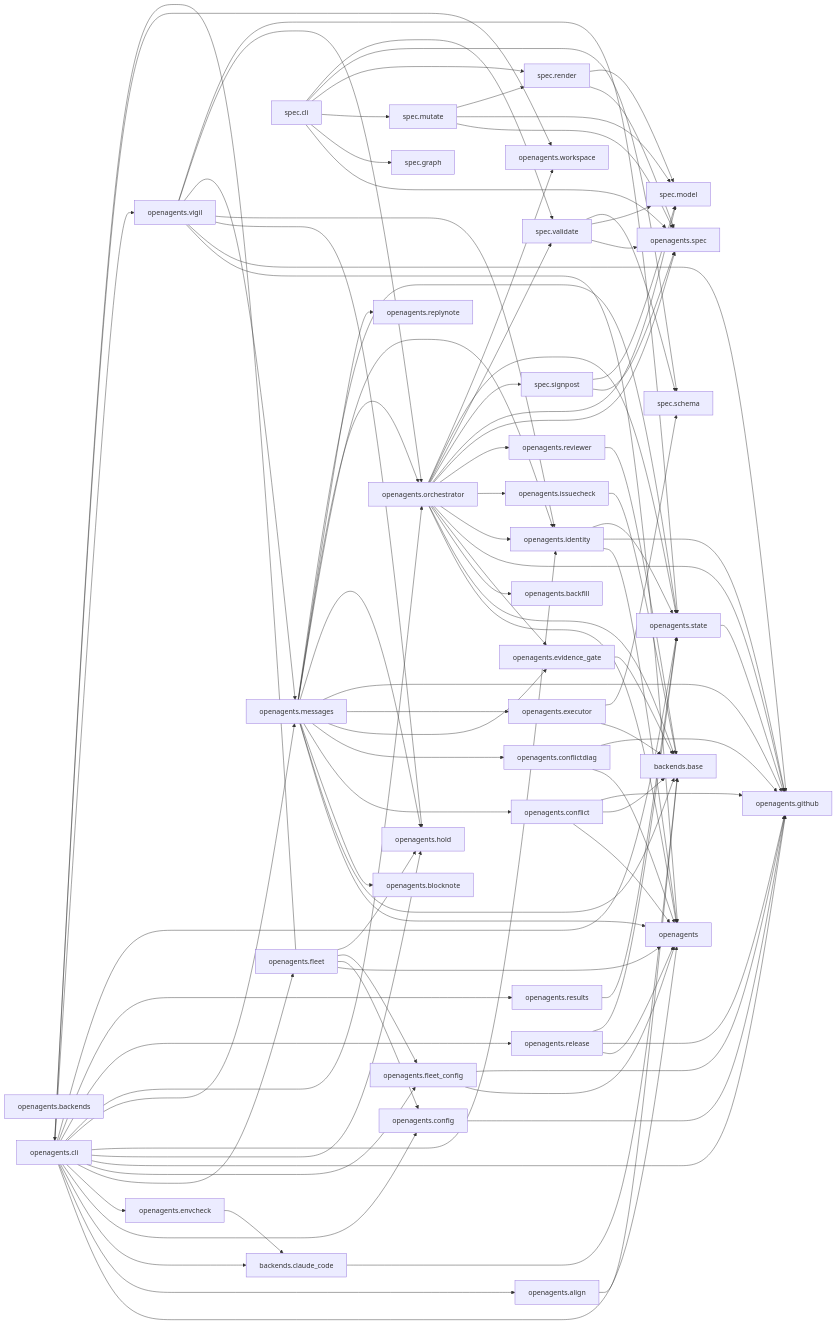
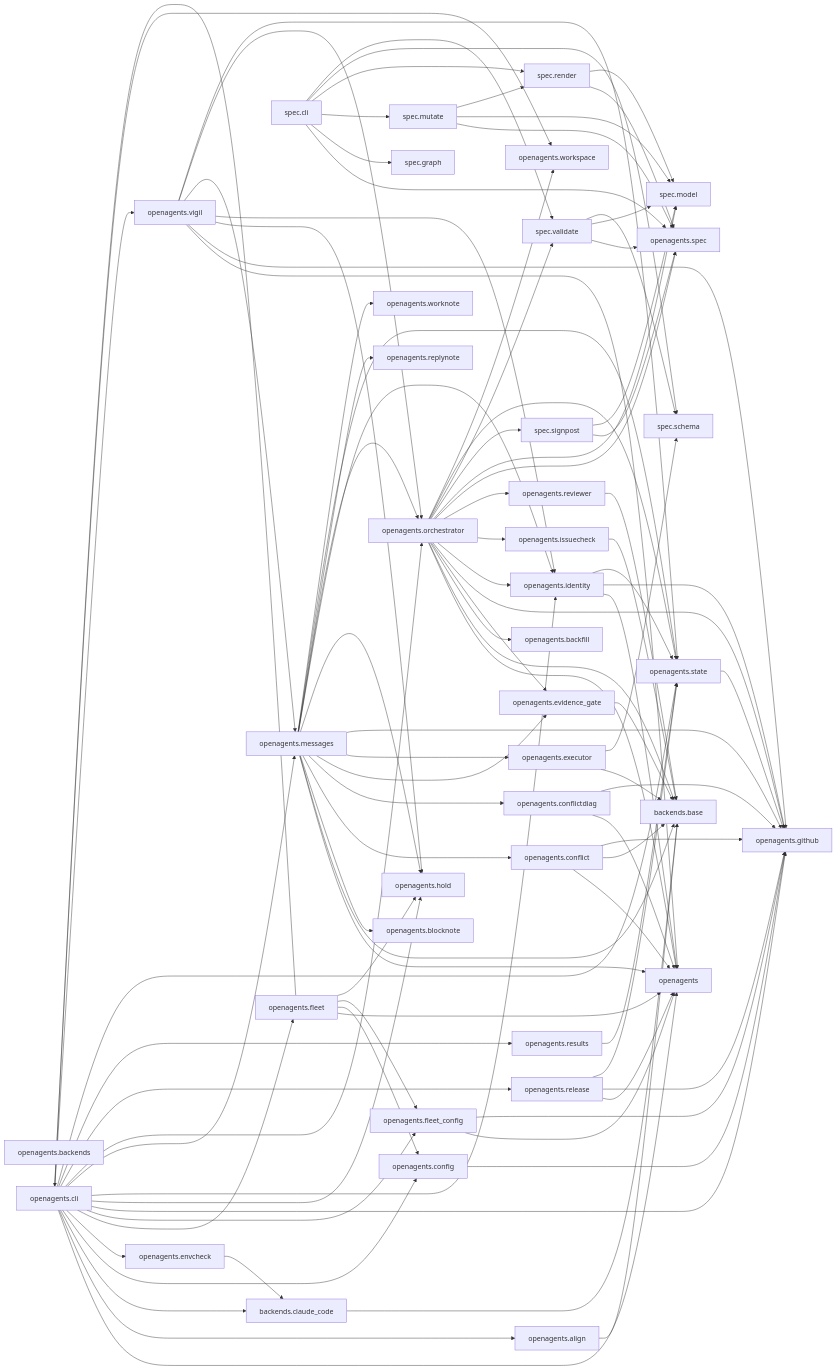
The diagram in docs/specs/ARCHITECTURE.md (Curry09/OpenAgents), drawn with Mermaid before and after one commit. The commit also changed other lines of this file and 15 other files, not shown here.

```diff
--- a/docs/specs/ARCHITECTURE.md
+++ b/docs/specs/ARCHITECTURE.md
@@ -104,6 +105,7 @@
     nopenagents_spec_validate["spec.validate"]
     nopenagents_state["openagents.state"]
     nopenagents_vigil["openagents.vigil"]
+    nopenagents_worknote["openagents.worknote"]
     nopenagents_workspace["openagents.workspace"]
     nopenagents_align --> nopenagents_backends_base
     nopenagents_backends_claude_code --> nopenagents_backends_base
@@ -158,6 +160,7 @@
     nopenagents_messages --> nopenagents_orchestrator
     nopenagents_messages --> nopenagents_replynote
     nopenagents_messages --> nopenagents_state
+    nopenagents_messages --> nopenagents_worknote
     nopenagents_orchestrator --> nopenagents
     nopenagents_orchestrator --> nopenagents_backends_base
     nopenagents_orchestrator --> nopenagents_backfill
```
